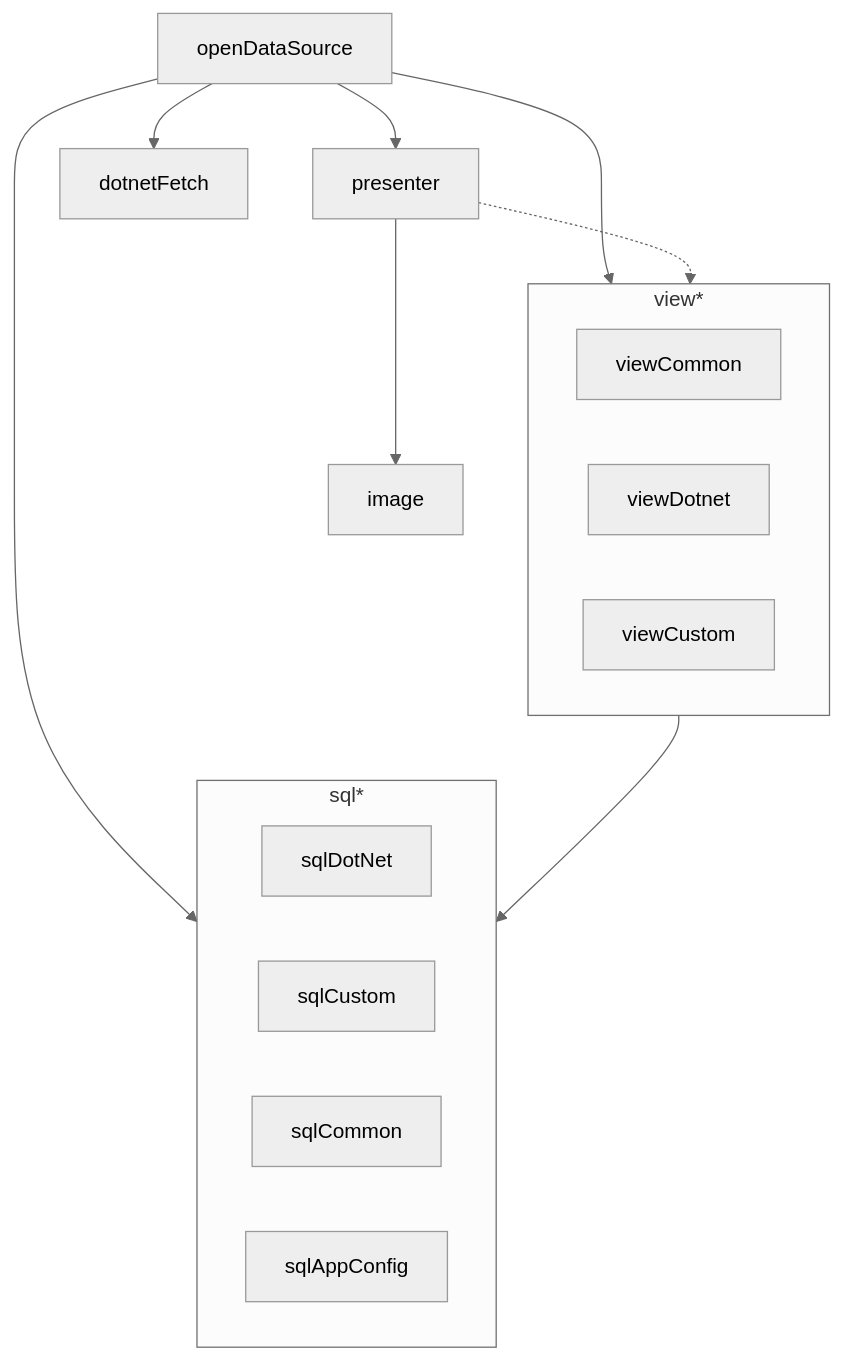
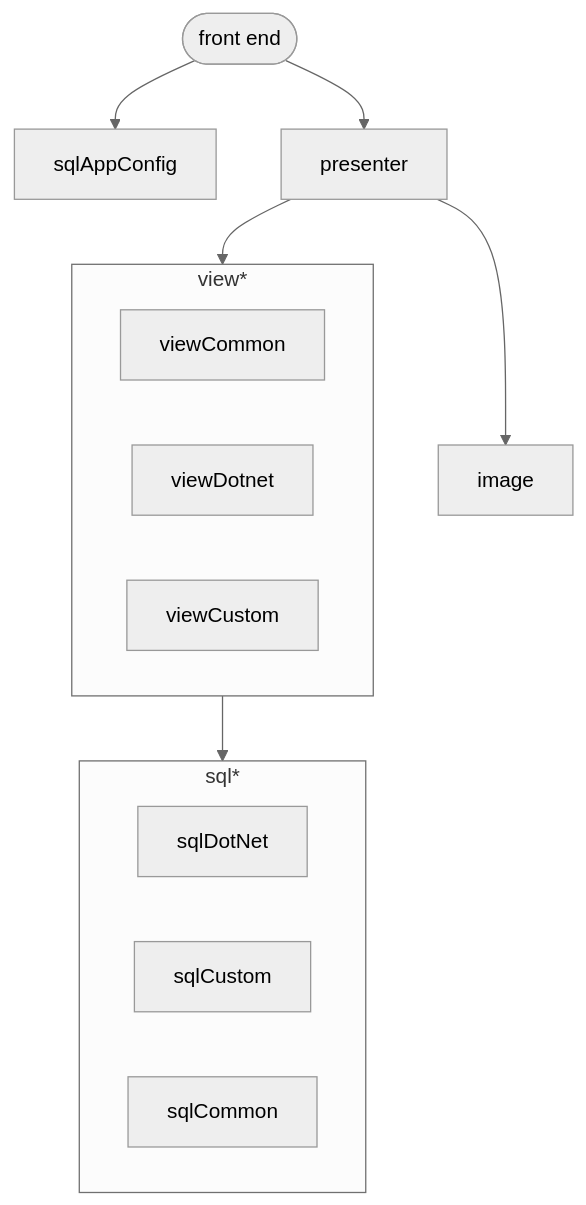
The second of 2 diagrams in docs/architecture/BACKEND.md (cwellsx/apis), drawn with Mermaid (neutral theme) before and after one commit. The commit also changed other lines of this file and 18 other files, not shown here.

````diff
--- a/docs/architecture/BACKEND.md
+++ b/docs/architecture/BACKEND.md
@@ -78,29 +123,26 @@
 ```mermaid
 flowchart TB
-    openDataSource["openDataSource"]
+    frontEnd(["front end"])
+    sqlAppConfig["sqlAppConfig"]
 
     subgraph sql["sql*"]
         sqlDotNet["sqlDotNet"]
         sqlCustom["sqlCustom"]
         sqlCommon["sqlCommon"]
-        sqlAppConfig["sqlAppConfig"]
     end
 
     subgraph views["view*"]
         viewCommon["viewCommon"]
         viewDotnet["viewDotnet"]
         viewCustom["viewCustom"]
     end
 
     presenter["presenter"]
     image["image"]
-    dotnetFetch["dotnetFetch"]
 
-    openDataSource --> sql
-    openDataSource --> views
-    openDataSource --> presenter
-    openDataSource --> dotnetFetch
-    presenter -.-> views
+    frontEnd --> presenter
+    presenter --> views
     presenter --> image
     views --> sql
+    frontEnd --> sqlAppConfig
 ```
````
